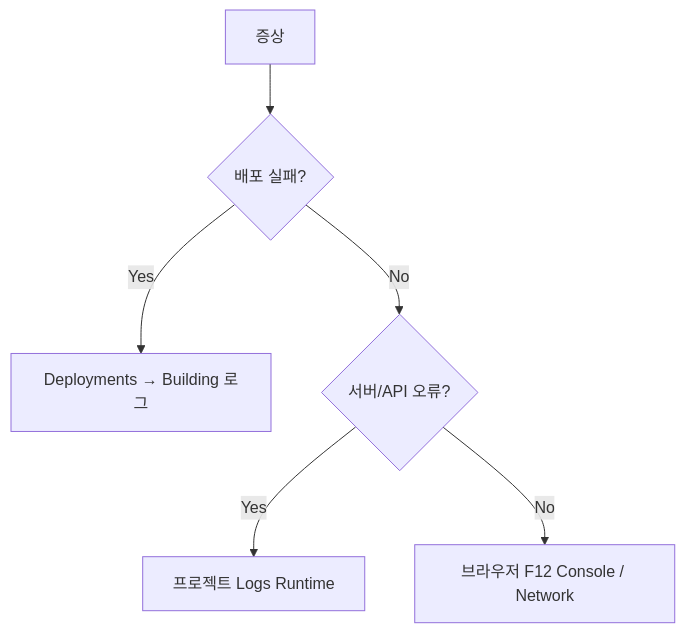
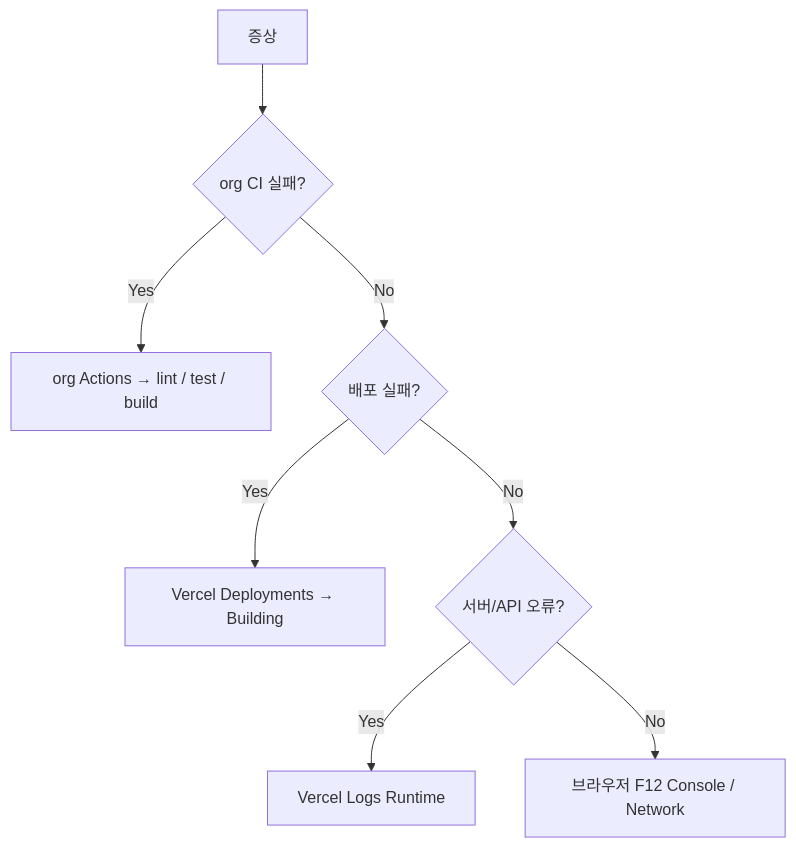
Before and after one commit to SpartaValueHub/ValueHub-FE: the sixth of 6 diagrams in docs/vercel-deploy-team-notice.md, drawn with Mermaid. The commit also changed other lines of this file, not shown here.

Commit message:
docs: Vercel 안내를 main 직행 브랜치 전략에 맞게 수정

````diff
--- a/docs/vercel-deploy-team-notice.md
+++ b/docs/vercel-deploy-team-notice.md
@@ -275,8 +269,10 @@
 ```mermaid
 flowchart TD
-  A[증상] --> B{배포 실패?}
-  B -->|Yes| C[Deployments → Building 로그]
-  B -->|No| D{서버/API 오류?}
-  D -->|Yes| E[프로젝트 Logs Runtime]
-  D -->|No| F[브라우저 F12 Console / Network]
+  A[증상] --> B{org CI 실패?}
+  B -->|Yes| C[org Actions → lint / test / build]
+  B -->|No| D{배포 실패?}
+  D -->|Yes| E[Vercel Deployments → Building]
+  D -->|No| F{서버/API 오류?}
+  F -->|Yes| G[Vercel Logs Runtime]
+  F -->|No| H[브라우저 F12 Console / Network]
 ```
````
